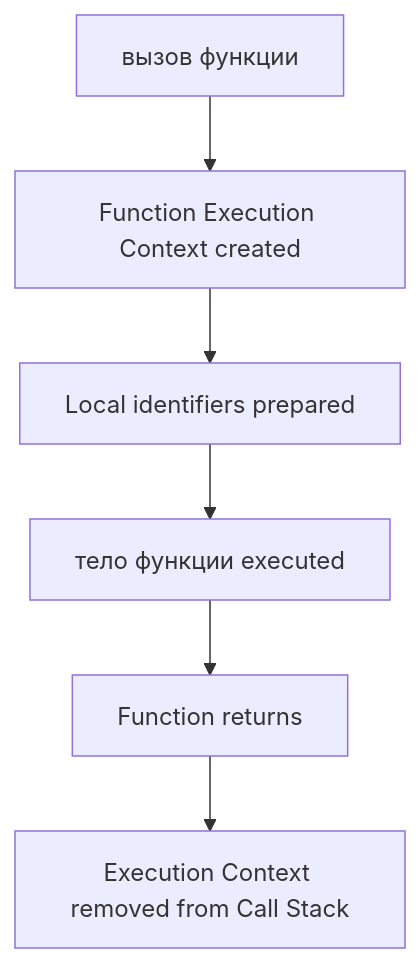
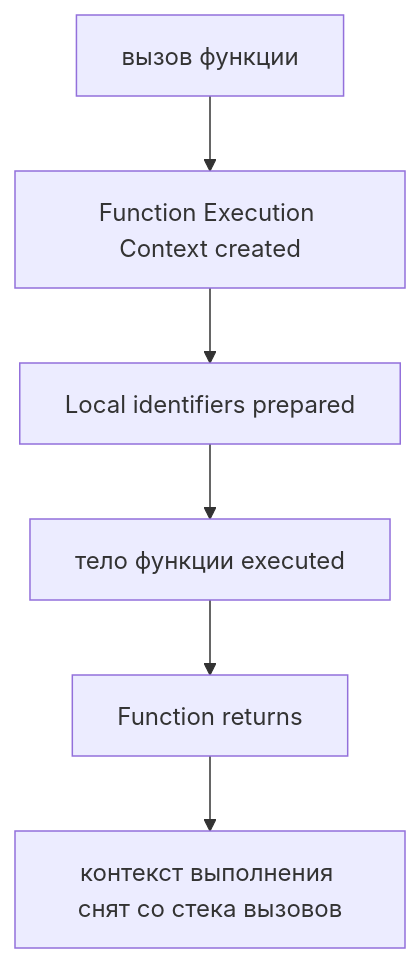
One commit to Bimba333/qa-js-ts-cookbook changed the seventh of 8 diagrams in docs/01-javascript/28-closures.md. Above: the diagram before and after it, drawn with Mermaid. The commit also changed other lines of this file and 101 other files, not shown here.

````diff
--- a/docs/01-javascript/28-closures.md
+++ b/docs/01-javascript/28-closures.md
@@ -216,14 +216,14 @@
 ```mermaid
 flowchart TD
     N1["вызов функции"]
     N2["Function Execution Context created"]
     N3["Local identifiers prepared"]
     N4["тело функции executed"]
     N5["Function returns"]
-    N6["Execution Context removed from Call Stack"]
+    N6["контекст выполнения снят со стека вызовов"]
     N1 --> N2
     N2 --> N3
     N3 --> N4
     N4 --> N5
     N5 --> N6
 ```
````
